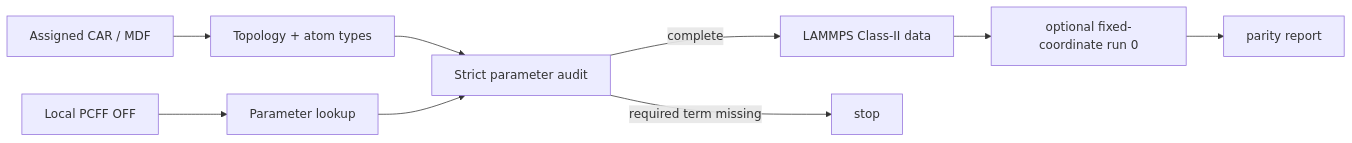
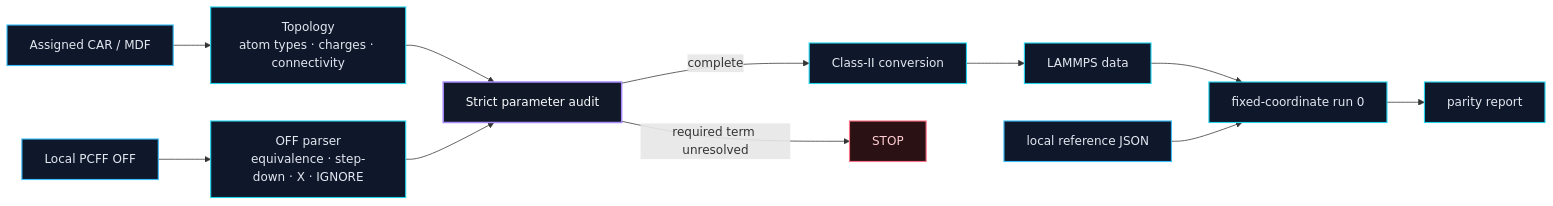
Before and after one commit to Zarathustraaaa/ms-pcff2lammps: the diagram in README.md, drawn with Mermaid. The commit also changed other lines of this file and 2 other files, not shown here.

````diff
--- a/README.md
+++ b/README.md
@@ -43,11 +81,22 @@
 ```mermaid
 flowchart LR
-    A["Assigned CAR / MDF"] --> C["Topology + atom types"]
-    B["Local PCFF OFF"] --> D["Parameter lookup"]
-    C --> E["Strict parameter audit"]
-    D --> E
-    E -->|"complete"| F["LAMMPS Class-II data"]
-    E -->|"required term missing"| X["stop"]
-    F --> G["optional fixed-coordinate run 0"]
-    G --> H["parity report"]
+    S1["Assigned CAR / MDF"] --> T["Topology<br/>atom types · charges · connectivity"]
+    S2["Local PCFF OFF"] --> P["OFF parser<br/>equivalence · step-down · X · IGNORE"]
+    T --> A["Strict parameter audit"]
+    P --> A
+    A -->|"complete"| C["Class-II conversion"]
+    A -->|"required term unresolved"| STOP["STOP"]
+    C --> D["LAMMPS data"]
+    D --> R["fixed-coordinate run 0"]
+    REF["local reference JSON"] --> R
+    R --> V["parity report"]
+
+    classDef source fill:#0f172a,stroke:#38bdf8,color:#e2e8f0,stroke-width:1.5px;
+    classDef audit fill:#111827,stroke:#a78bfa,color:#f8fafc,stroke-width:2px;
+    classDef pass fill:#0f172a,stroke:#22d3ee,color:#e2e8f0,stroke-width:1.5px;
+    classDef stop fill:#2a1114,stroke:#fb7185,color:#fecdd3,stroke-width:1.5px;
+    class S1,S2,REF source;
+    class A audit;
+    class T,P,C,D,R,V pass;
+    class STOP stop;
 ```
````
